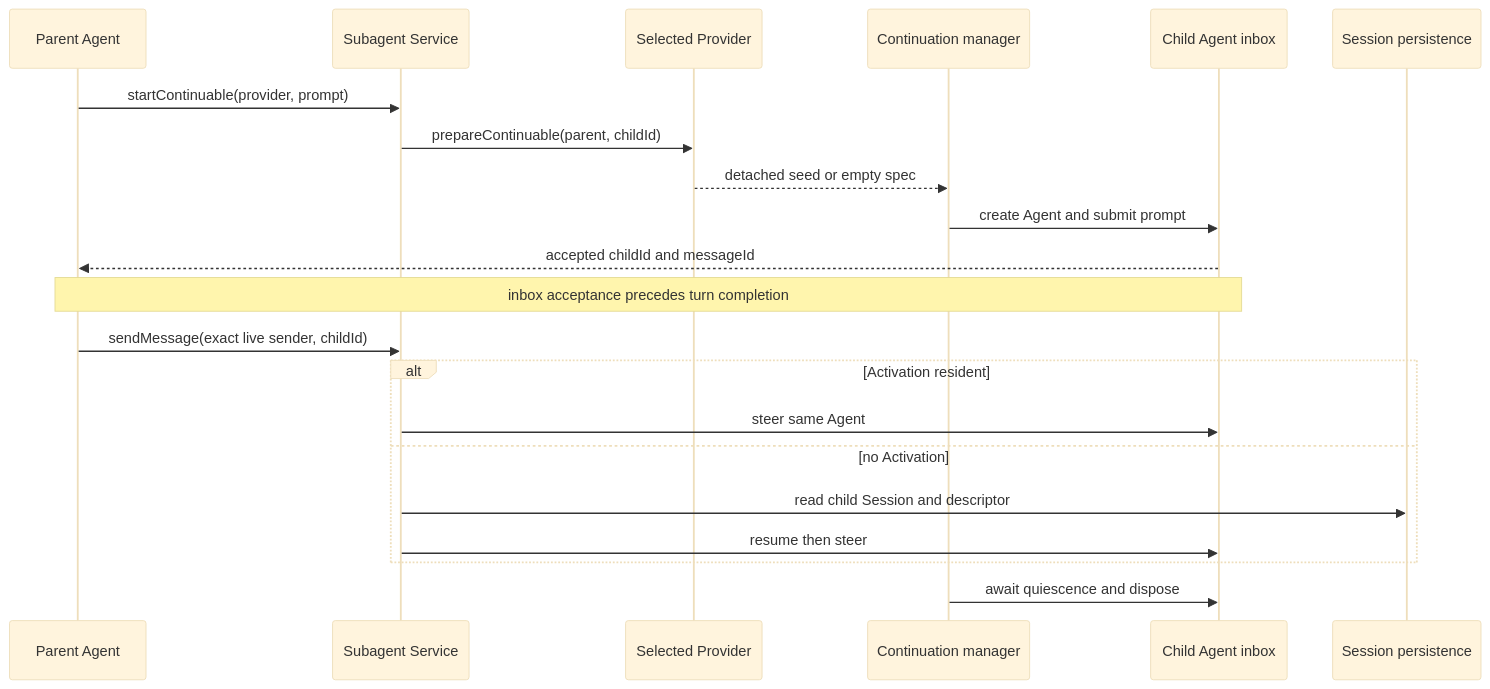
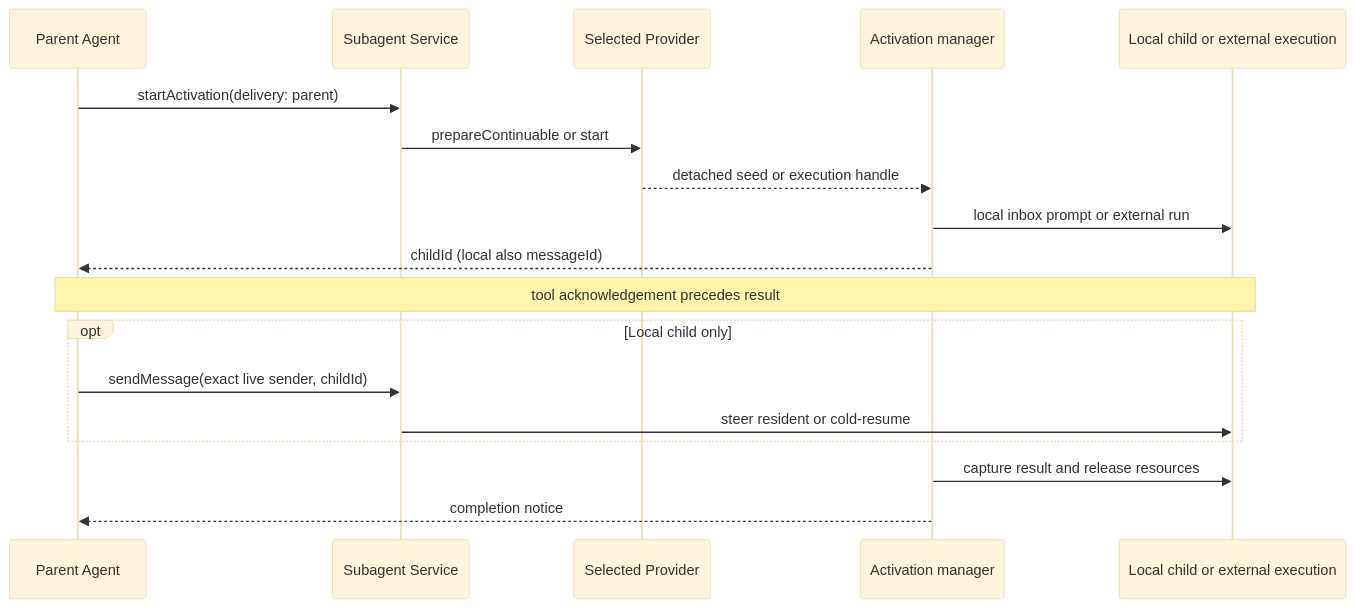
Before and after one commit to yang0228/deepseek-harness-analysis: the first of 2 diagrams in docs/deep-dives/subagents-goals-workflows.md, drawn with Mermaid (base theme). The commit also changed other lines of this file and 9 other files, not shown here.

````diff
--- a/docs/deep-dives/subagents-goals-workflows.md
+++ b/docs/deep-dives/subagents-goals-workflows.md
@@ -61,23 +61,20 @@
 ```mermaid
 sequenceDiagram
   participant Parent as Parent Agent
   participant Service as Subagent Service
-  participant Provider as Selected Provider
-  participant Manager as Continuation manager
-  participant Child as Child Agent inbox
-  participant Store as Session persistence
-  Parent->>Service: startContinuable(provider, prompt)
-  Service->>Provider: prepareContinuable(parent, childId)
-  Provider-->>Manager: detached seed or empty spec
-  Manager->>Child: create Agent and submit prompt
-  Child-->>Parent: accepted childId and messageId
-  Note over Parent,Child: inbox acceptance precedes turn completion
-  Parent->>Service: sendMessage(exact live sender, childId)
-  alt Activation resident
-    Service->>Child: steer same Agent
-  else no Activation
-    Service->>Store: read child Session and descriptor
-    Service->>Child: resume then steer
+  participant Backend as Selected Provider
+  participant Manager as Activation manager
+  participant Child as Local child or external execution
+  Parent->>Service: startActivation(delivery: parent)
+  Service->>Backend: prepareContinuable or start
+  Backend-->>Manager: detached seed or execution handle
+  Manager->>Child: local inbox prompt or external run
+  Manager-->>Parent: childId (local also messageId)
+  Note over Parent,Child: tool acknowledgement precedes result
+  opt Local child only
+    Parent->>Service: sendMessage(exact live sender, childId)
+    Service->>Child: steer resident or cold-resume
   end
-  Manager->>Child: await quiescence and dispose
+  Manager->>Child: capture result and release resources
+  Manager-->>Parent: completion notice
 ```
````
